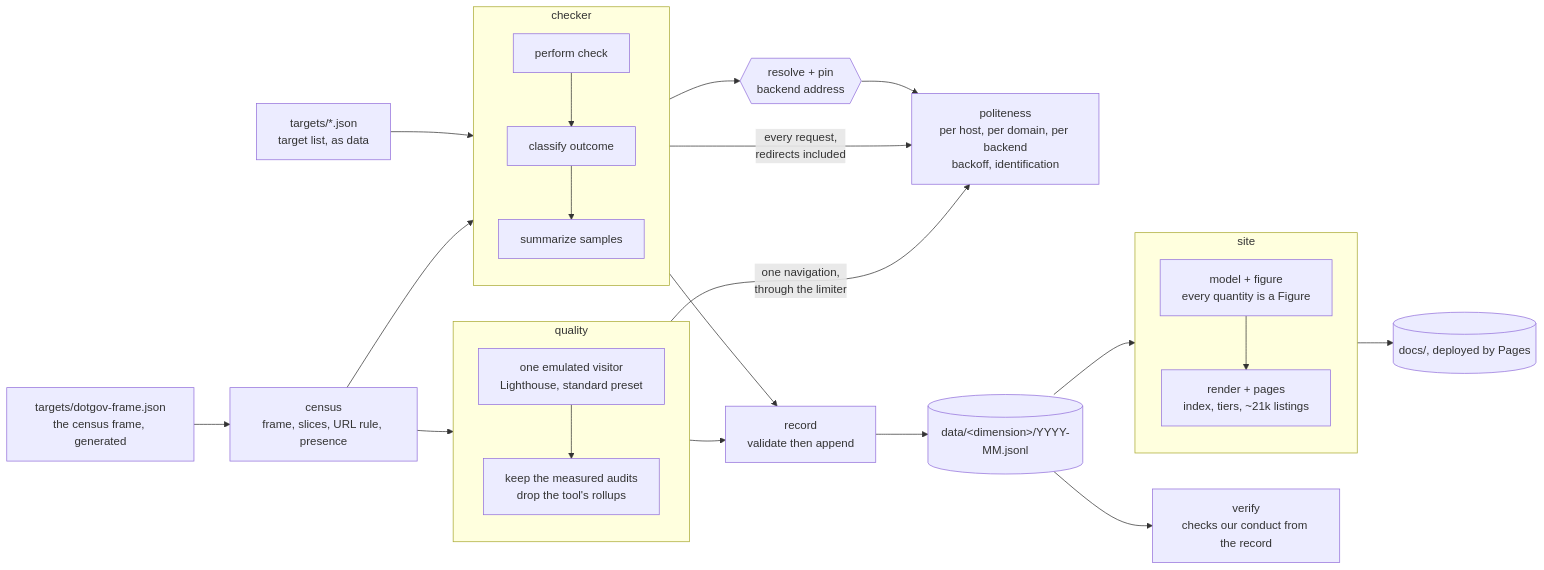
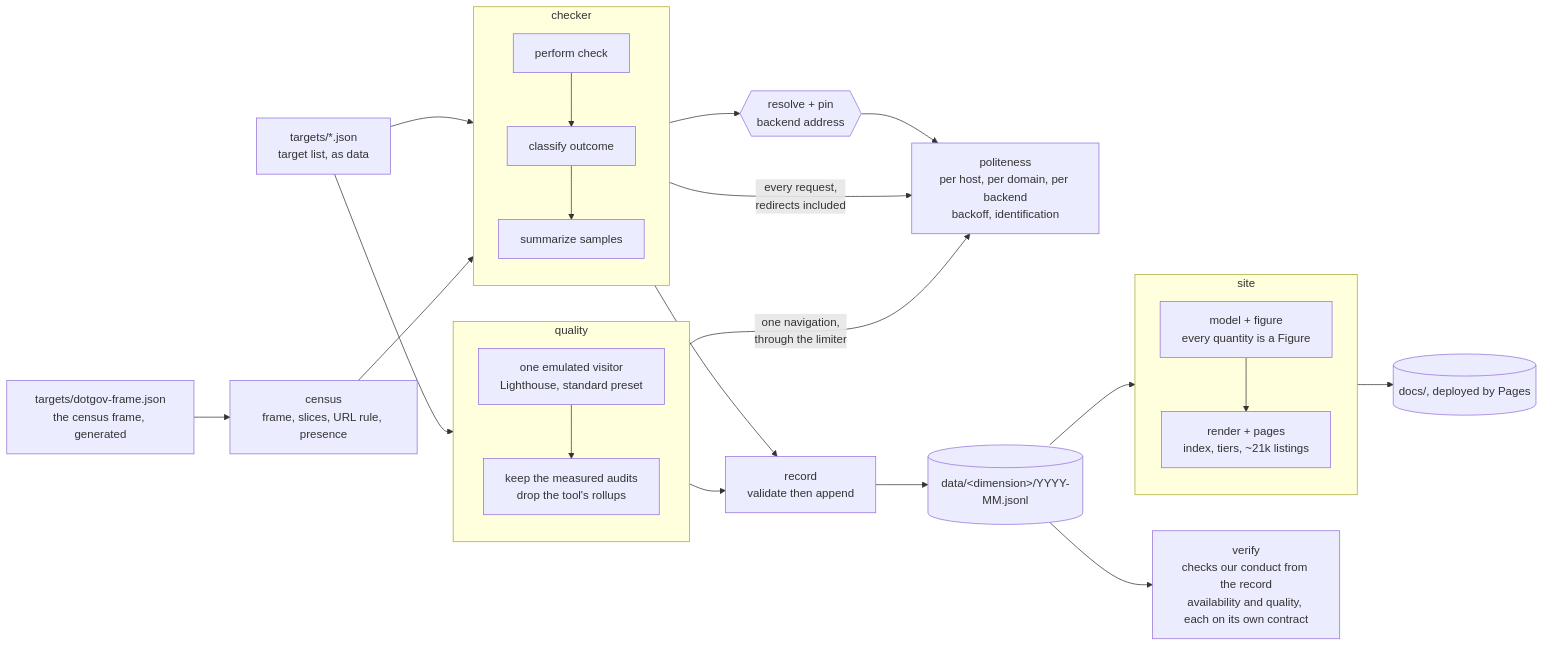
One commit to theDotGovDev/govWebChecker changed the first of 2 diagrams in ARCHITECTURE.md. Above: the diagram before and after it, drawn with Mermaid. The commit also changed other lines of this file and 11 other files, not shown here.

````diff
--- a/ARCHITECTURE.md
+++ b/ARCHITECTURE.md
@@ -15,31 +15,31 @@
 ```mermaid
 flowchart LR
     targets[targets/*.json<br/>target list, as data] --> checker
     subgraph checker[checker]
         direction TB
         C1[perform check] --> C2[classify outcome]
         C2 --> C3[summarize samples]
     end
     checker -->|every request,<br/>redirects included| politeness
     politeness[politeness<br/>per host, per domain, per backend<br/>backoff, identification]
     dns{{resolve + pin<br/>backend address}} --> politeness
     checker --> dns
     frame[targets/dotgov-frame.json<br/>the census frame, generated] --> census
     census[census<br/>frame, slices, URL rule, presence] --> checker
-    census --> quality
+    targets --> quality
     subgraph quality[quality]
         direction TB
         Q1[one emulated visitor<br/>Lighthouse, standard preset] --> Q2[keep the measured audits<br/>drop the tool's rollups]
     end
     quality -->|one navigation,<br/>through the limiter| politeness
     checker --> record[record<br/>validate then append]
     quality --> record
     record --> data[(data/&lt;dimension&gt;/YYYY-MM.jsonl)]
-    data --> verify[verify<br/>checks our conduct from the record]
+    data --> verify[verify<br/>checks our conduct from the record<br/>availability and quality, each on its own contract]
     data --> site
     subgraph site[site]
         direction TB
         S1[model + figure<br/>every quantity is a Figure] --> S2[render + pages<br/>index, tiers, ~21k listings]
     end
     site --> docs[(docs/, deployed by Pages)]
 ```
````
